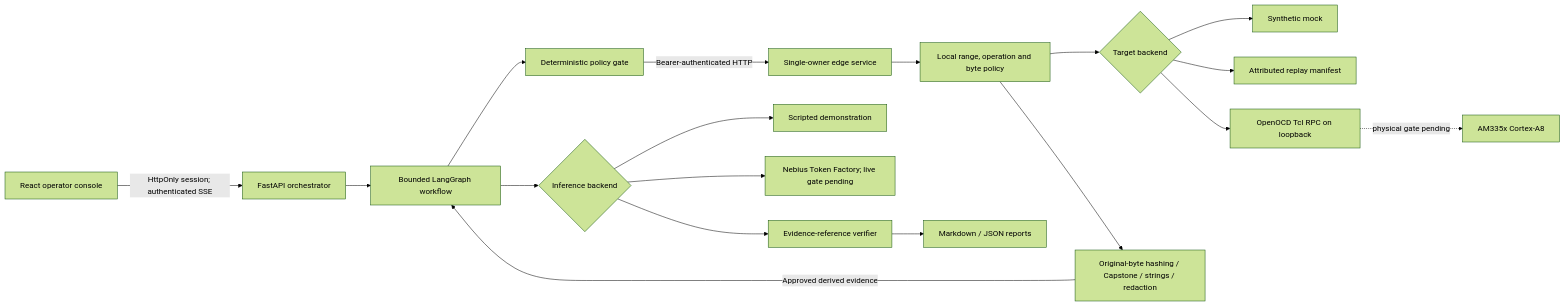
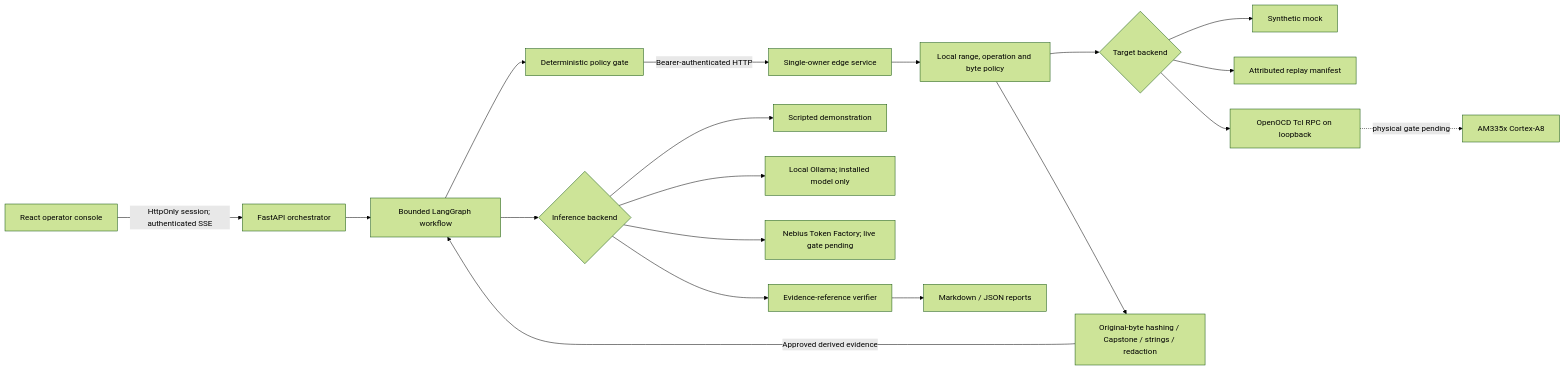
The diagram in architecture.md (nk1947-sudo/JTAGent-An-Autonomous-AI-Copilot-for-Embedded-Security), drawn with Mermaid (forest theme) before and after one commit. The commit also changed other lines of this file and 68 other files, not shown here.

````diff
--- a/architecture.md
+++ b/architecture.md
@@ -10,20 +10,21 @@
 ```mermaid
 flowchart LR
     UI[React operator console] -->|HttpOnly session; authenticated SSE| API[FastAPI orchestrator]
     API --> G[Bounded LangGraph workflow]
     G --> P[Deterministic policy gate]
     P -->|Bearer-authenticated HTTP| E[Single-owner edge service]
     E --> L[Local range, operation and byte policy]
     L --> B{Target backend}
     B --> M[Synthetic mock]
     B --> R[Attributed replay manifest]
     B --> O[OpenOCD Tcl RPC on loopback]
     O -. physical gate pending .-> BBB[AM335x Cortex-A8]
     L --> D[Original-byte hashing / Capstone / strings / redaction]
     D -->|Approved derived evidence| G
     G --> I{Inference backend}
     I --> S[Scripted demonstration]
+    I --> Q[Local Ollama; installed model only]
     I --> N[Nebius Token Factory; live gate pending]
     I --> V[Evidence-reference verifier]
     V --> REP[Markdown / JSON reports]
 ```
````
